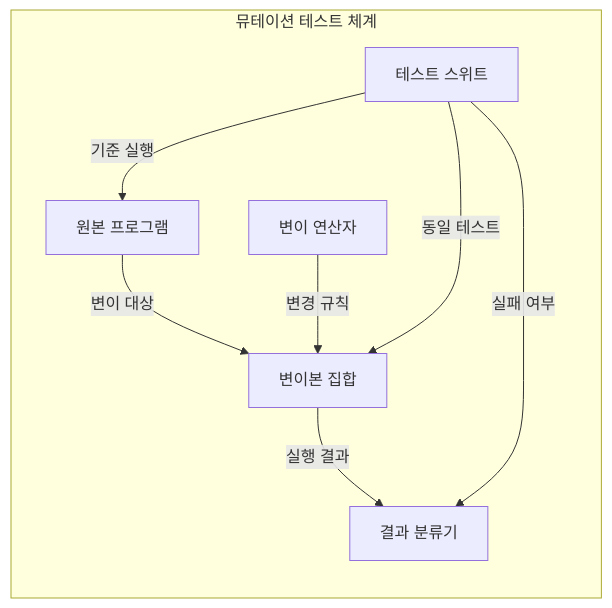
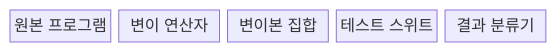
One commit to agnusdei1207/knowledge-base changed the first of 2 diagrams in src/content/docs/notes/03-software/061_mutation_testing.md. Above: the diagram before and after it, drawn with Mermaid. The commit also changed other lines of this file and 20 other files, not shown here.

````diff
--- a/src/content/docs/notes/03-software/061_mutation_testing.md
+++ b/src/content/docs/notes/03-software/061_mutation_testing.md
@@ -60,16 +57,9 @@
 ```mermaid
-flowchart LR
-    subgraph M[뮤테이션 테스트 체계]
-        O[원본 프로그램]
-        P[변이 연산자]
-        U[변이본 집합]
-        T[테스트 스위트]
-        C[결과 분류기]
-        O -->|변이 대상| U
-        P -->|변경 규칙| U
-        T -->|기준 실행| O
-        T -->|동일 테스트| U
-        U -->|실행 결과| C
-        T -->|실패 여부| C
-    end
+block
+  columns 5
+  O["원본 프로그램"]
+  P["변이 연산자"]
+  U["변이본 집합"]
+  T["테스트 스위트"]
+  C["결과 분류기"]
 ```
````
